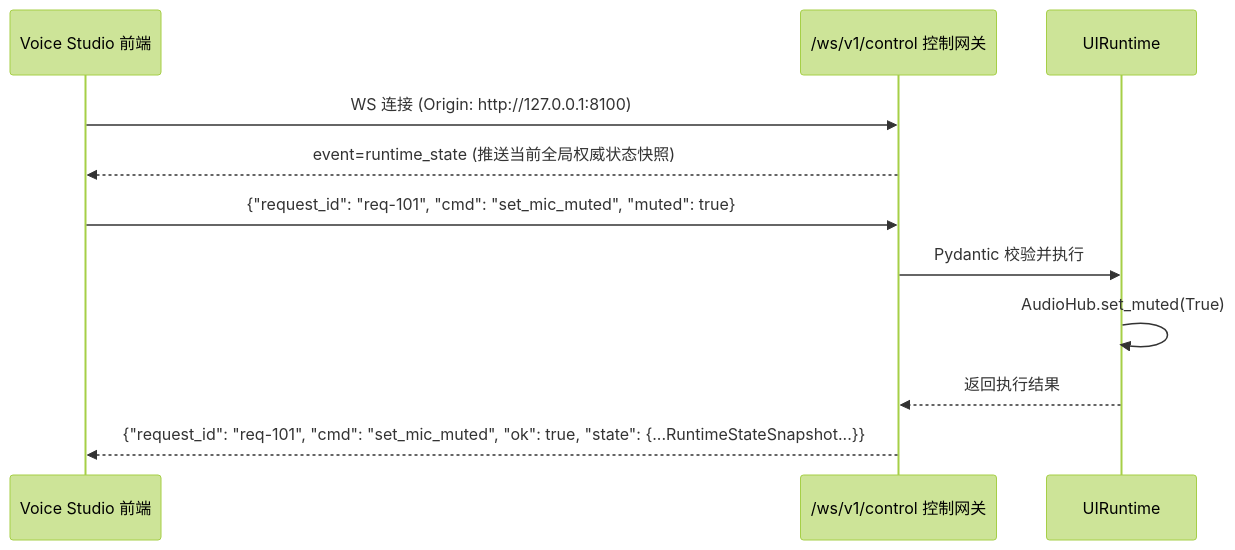
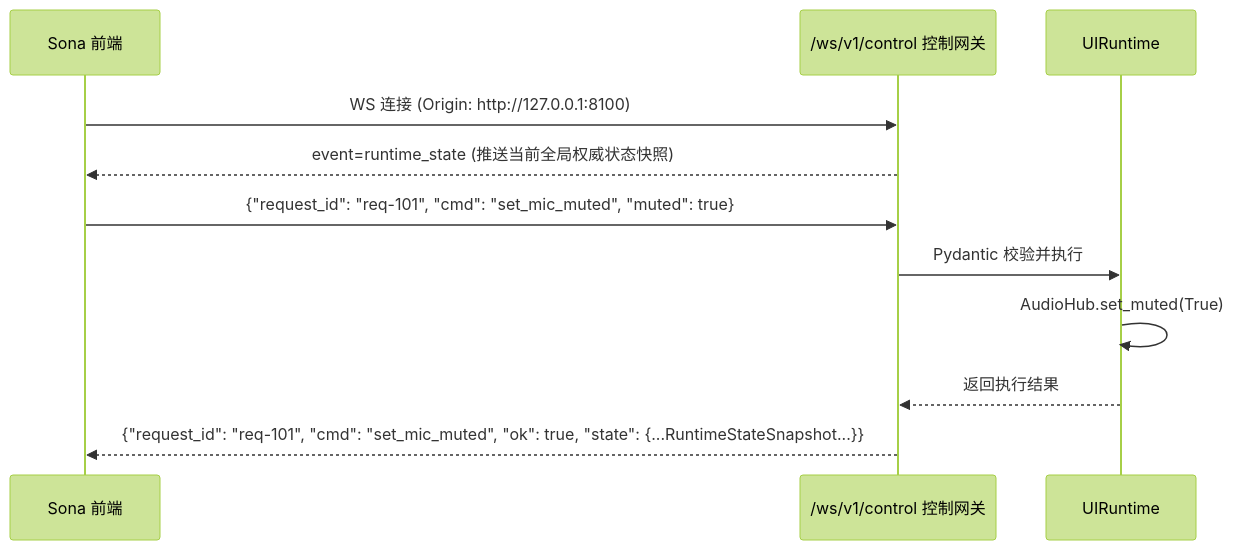
Diagram 12 of 13 in docs/architecture/系统总体架构与详细设计方案.md (hrygo/voice-realtime), drawn with Mermaid (forest theme) before and after one commit. The commit also changed other lines of this file and 495 other files, not shown here.

First line of the commit message:
Merge pull request #3 from hrygo/refactor/clean-architecture-and-docs

````diff
--- a/docs/architecture/系统总体架构与详细设计方案.md
+++ b/docs/architecture/系统总体架构与详细设计方案.md
@@ -772,15 +779,15 @@
 ```mermaid
 sequenceDiagram
-    participant UI as Voice Studio 前端
+    participant UI as Sona 前端
     participant GW as /ws/v1/control 控制网关
     participant RT as UIRuntime
 
     UI->>GW: WS 连接 (Origin: http://127.0.0.1:8100)
     GW-->>UI: event=runtime_state (推送当前全局权威状态快照)
 
     UI->>GW: {"request_id": "req-101", "cmd": "set_mic_muted", "muted": true}
     GW->>RT: Pydantic 校验并执行
     RT->>RT: AudioHub.set_muted(True)
     RT-->>GW: 返回执行结果
     GW-->>UI: {"request_id": "req-101", "cmd": "set_mic_muted", "ok": true, "state": {...RuntimeStateSnapshot...}}
 ```
````
